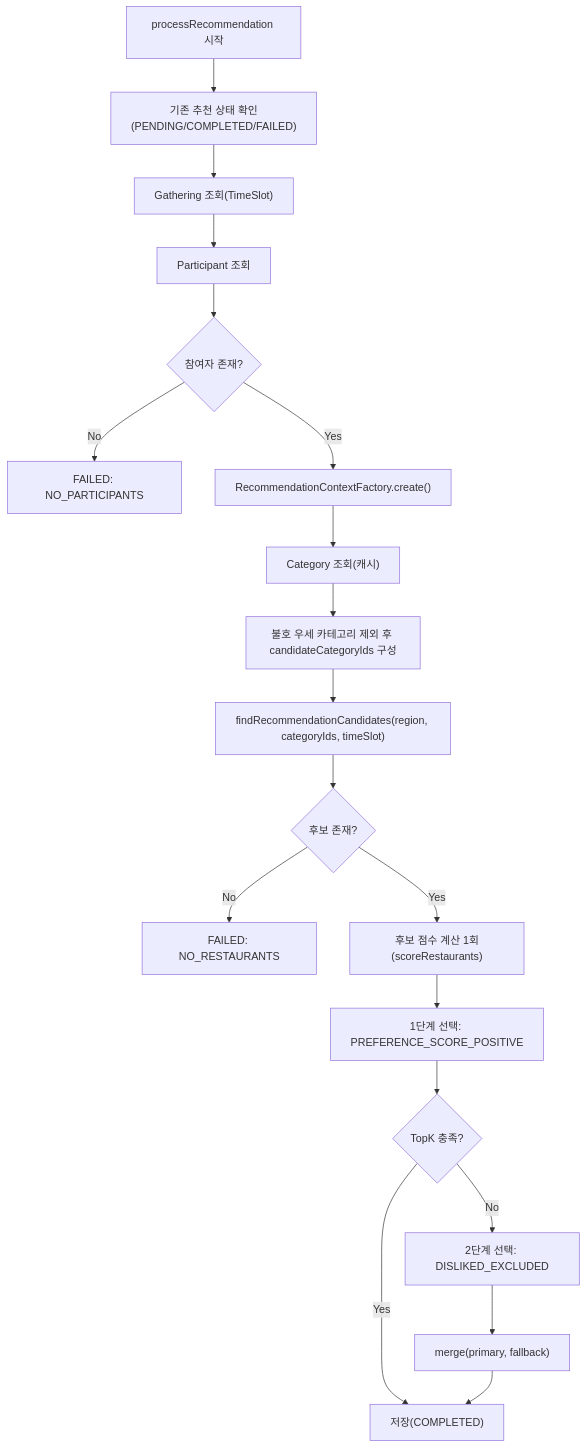
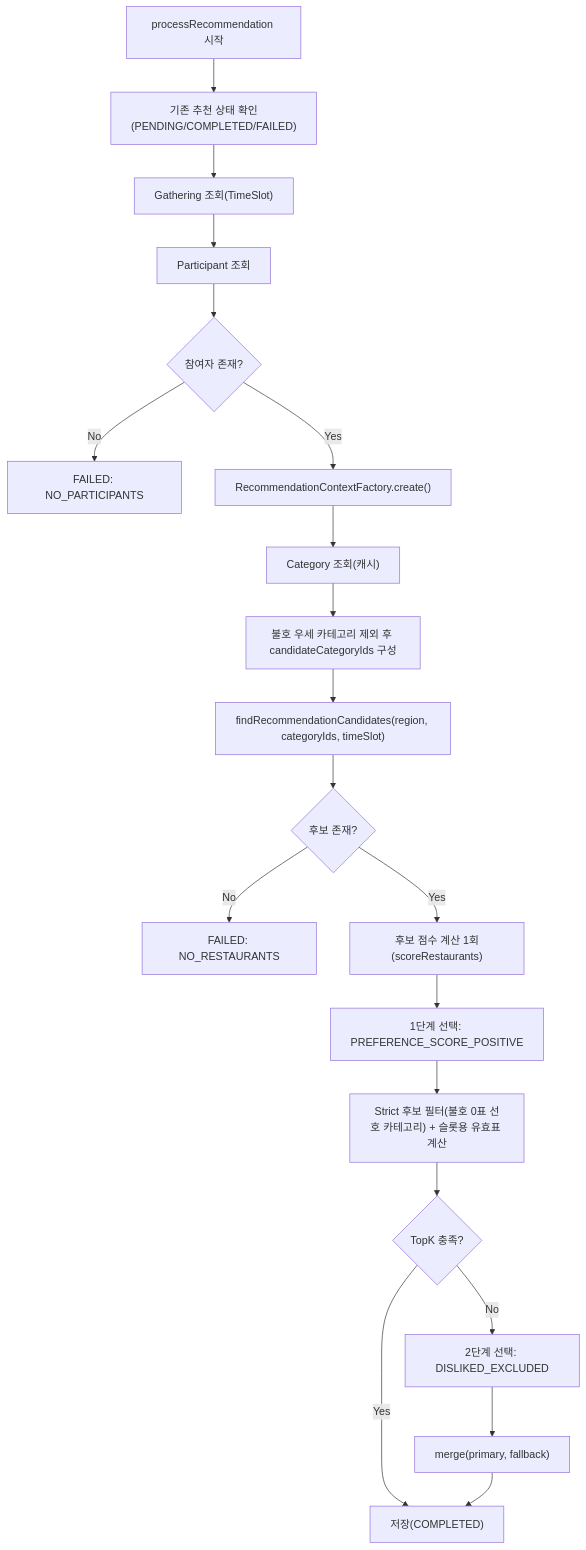
The diagram in docs/architecture/recommendation-system.md (Nexters/hereeat-server), drawn with Mermaid before and after one commit. The commit also changed other lines of this file, not shown here.

````diff
--- a/docs/architecture/recommendation-system.md
+++ b/docs/architecture/recommendation-system.md
@@ -33,21 +35,22 @@
 ```mermaid
 flowchart TD
     A["processRecommendation 시작"] --> B["기존 추천 상태 확인(PENDING/COMPLETED/FAILED)"]
     B --> C["Gathering 조회(TimeSlot)"]
     C --> D["Participant 조회"]
     D --> E{"참여자 존재?"}
     E -->|No| F["FAILED: NO_PARTICIPANTS"]
     E -->|Yes| G["RecommendationContextFactory.create()"]
     G --> H["Category 조회(캐시)"]
     H --> I["불호 우세 카테고리 제외 후 candidateCategoryIds 구성"]
     I --> J["findRecommendationCandidates(region, categoryIds, timeSlot)"]
     J --> K{"후보 존재?"}
     K -->|No| L["FAILED: NO_RESTAURANTS"]
     K -->|Yes| M["후보 점수 계산 1회(scoreRestaurants)"]
     M --> N["1단계 선택: PREFERENCE_SCORE_POSITIVE"]
-    N --> O{"TopK 충족?"}
+    N --> N1["Strict 후보 필터(불호 0표 선호 카테고리) + 슬롯용 유효표 계산"]
+    N1 --> O{"TopK 충족?"}
     O -->|Yes| P["저장(COMPLETED)"]
     O -->|No| Q["2단계 선택: DISLIKED_EXCLUDED"]
     Q --> R["merge(primary, fallback)"]
     R --> P
 ```
````
